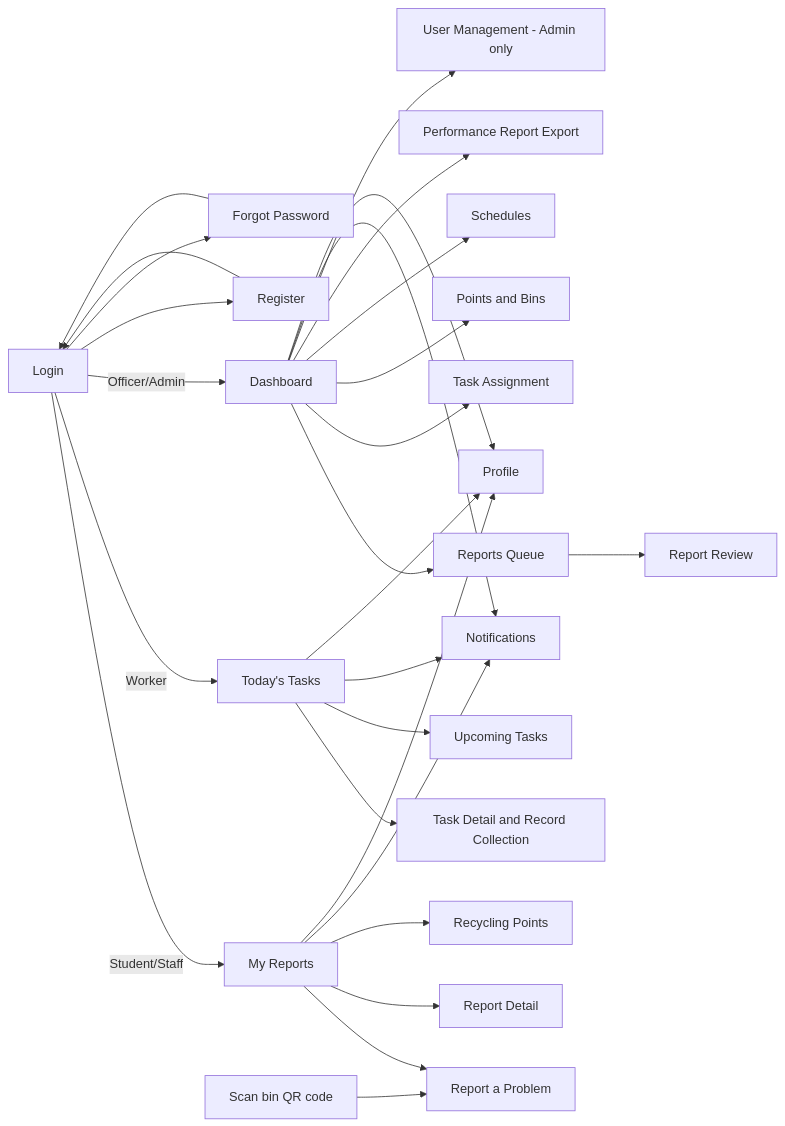
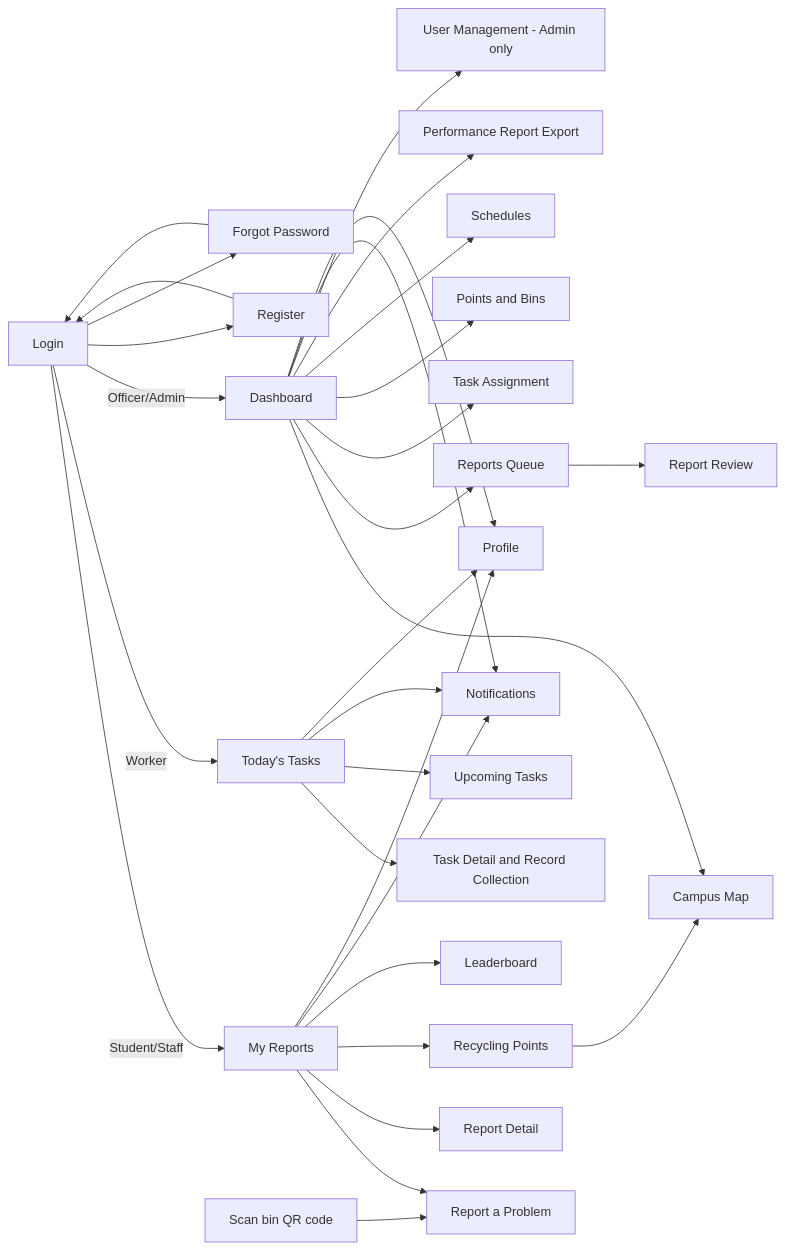
The fifth of 5 diagrams in docs/PART_I_REPORT.md (KeemHEHE/-CSE6214-Software-Engineering-), drawn with Mermaid before and after one commit. The commit also changed other lines of this file, not shown here.

````diff
--- a/docs/PART_I_REPORT.md
+++ b/docs/PART_I_REPORT.md
@@ -634,26 +654,29 @@
 ```mermaid
 flowchart LR
     L[Login] -->|Student/Staff| S1[My Reports]
     L -->|Worker| W1[Today's Tasks]
     L -->|Officer/Admin| O1[Dashboard]
     L --> R[Register] --> L
     L --> FP[Forgot Password] --> L
 
     S1 --> S2[Report a Problem]
     S1 --> S3[Report Detail]
     S1 --> S4[Recycling Points]
+    S1 --> S5[Leaderboard]
+    S4 --> MAP[Campus Map]
+    O1 --> MAP
     QR[Scan bin QR code] --> S2
 
     W1 --> W2[Task Detail and Record Collection]
     W1 --> W3[Upcoming Tasks]
 
     O1 --> O2[Reports Queue] --> O3[Report Review]
     O1 --> O4[Task Assignment]
     O1 --> O5[Points and Bins]
     O1 --> O6[Schedules]
     O1 --> O7[Performance Report Export]
     O1 --> O8[User Management - Admin only]
 
     S1 & W1 & O1 --> N[Notifications]
     S1 & W1 & O1 --> PR[Profile]
 ```
````
